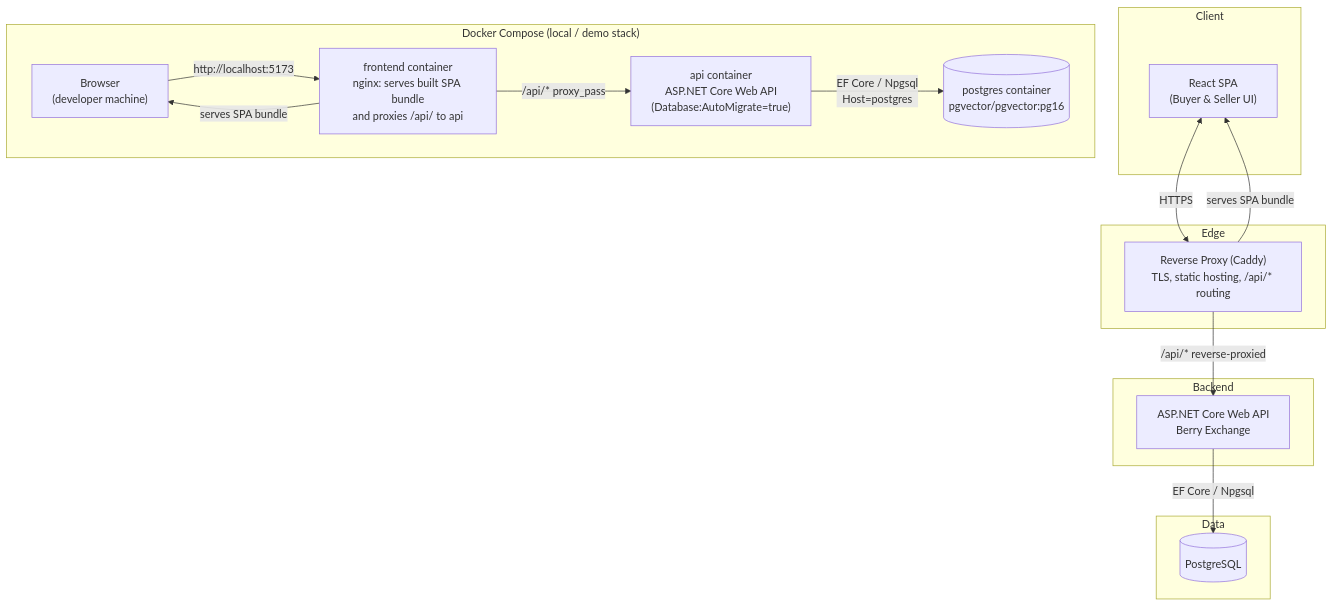
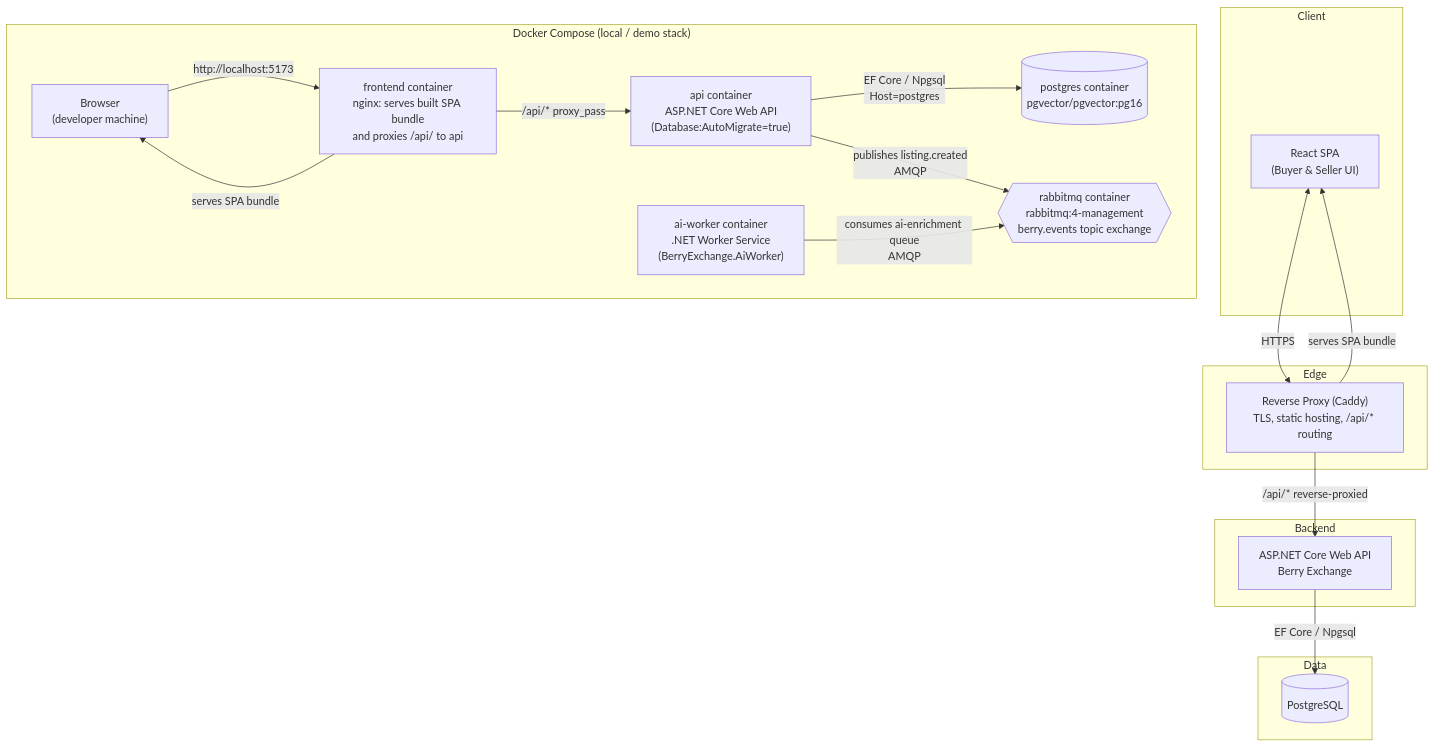
Before and after one commit to Nazarii-Mandiak/BerryMarketplace: the diagram in docs/architecture/container.mmd, drawn with Mermaid. The commit also changed 15 other files, not shown here.

Commit message:
Add AI worker skeleton consuming listing.created via RabbitMQ

```diff
--- a/docs/architecture/container.mmd
+++ b/docs/architecture/container.mmd
@@ -1,32 +1,36 @@
 %% Berry Exchange — C4 Level 2: Containers
 graph TB
     subgraph Client
         Browser["React SPA<br/>(Buyer & Seller UI)"]
     end
     subgraph Edge
         Proxy["Reverse Proxy (Caddy)<br/>TLS, static hosting, /api/* routing"]
     end
     subgraph Backend
         API["ASP.NET Core Web API<br/>Berry Exchange"]
     end
     subgraph Data
         DB[("PostgreSQL")]
     end
 
     Browser <-->|HTTPS| Proxy
     Proxy -->|serves SPA bundle| Browser
     Proxy -->|"/api/* reverse-proxied"| API
     API -->|"EF Core / Npgsql"| DB
 
     %% --- Local / demo topology (ADR-0008): docker-compose, no separate edge proxy ---
     subgraph "Docker Compose (local / demo stack)"
         ComposeBrowser["Browser<br/>(developer machine)"]
         FrontendContainer["frontend container<br/>nginx: serves built SPA bundle<br/>and proxies /api/ to api"]
         ApiContainer["api container<br/>ASP.NET Core Web API<br/>(Database:AutoMigrate=true)"]
         PostgresContainer[("postgres container<br/>pgvector/pgvector:pg16")]
+        RabbitMqContainer{{"rabbitmq container<br/>rabbitmq:4-management<br/>berry.events topic exchange"}}
+        AiWorkerContainer["ai-worker container<br/>.NET Worker Service<br/>(BerryExchange.AiWorker)"]
     end
 
     ComposeBrowser -->|"http://localhost:5173"| FrontendContainer
     FrontendContainer -->|serves SPA bundle| ComposeBrowser
     FrontendContainer -->|"/api/* proxy_pass"| ApiContainer
     ApiContainer -->|"EF Core / Npgsql<br/>Host=postgres"| PostgresContainer
+    ApiContainer -->|"publishes listing.created<br/>AMQP"| RabbitMqContainer
+    AiWorkerContainer -->|"consumes ai-enrichment queue<br/>AMQP"| RabbitMqContainer
```
